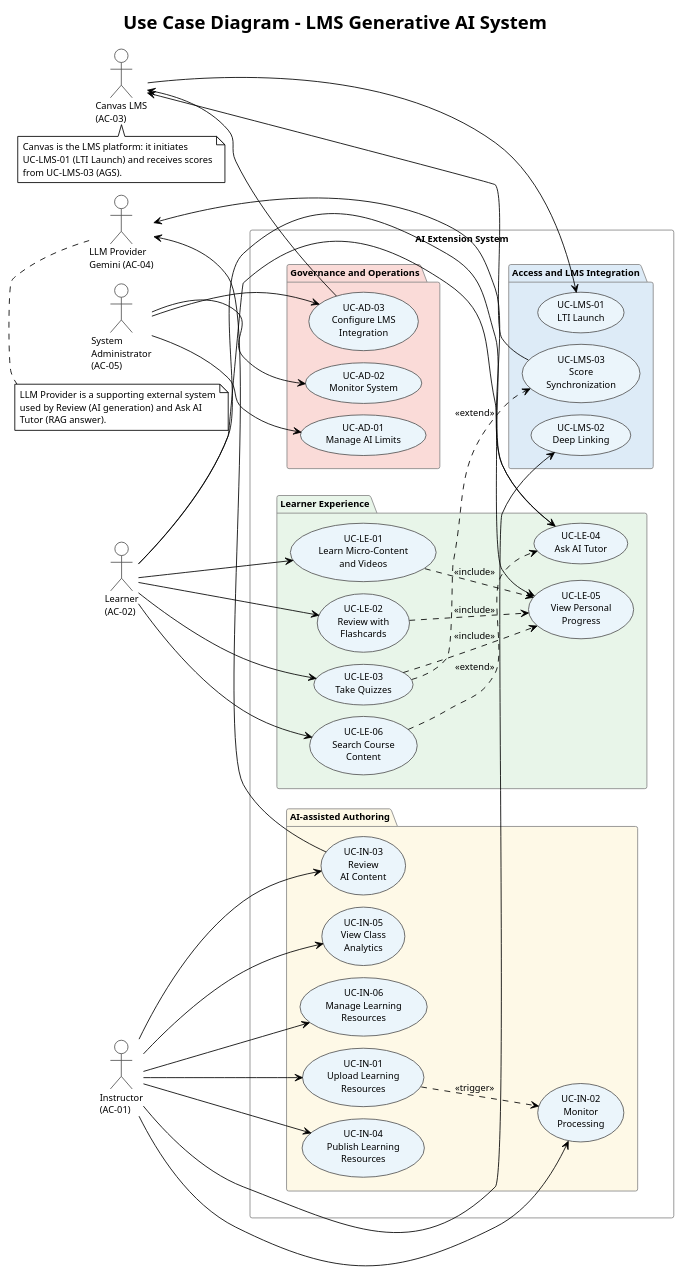
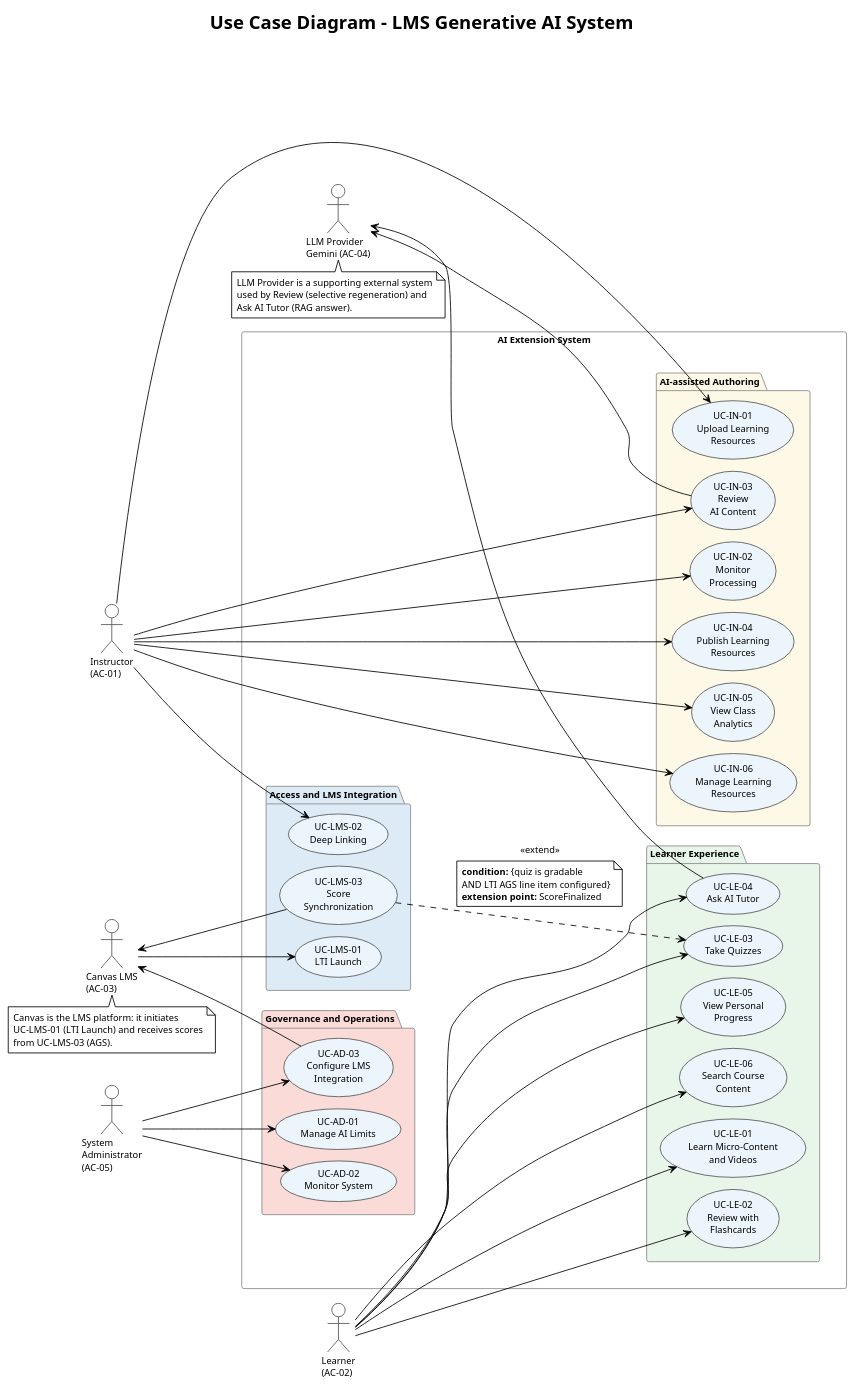
Before and after one commit to 252-DA/report: the diagram in lvtn_en/diagrams/07_usecase_diagram.puml, drawn with PlantUML. The commit also changed 18 other files, not shown here.

```diff
--- a/lvtn_en/diagrams/07_usecase_diagram.puml
+++ b/lvtn_en/diagrams/07_usecase_diagram.puml
@@ -1,107 +1,111 @@
 @startuml usecase_diagram
 !theme plain
 skinparam defaultFontName Arial
 skinparam defaultFontSize 11
 skinparam UsecaseBackgroundColor #EBF5FB
 skinparam UsecaseBorderColor #555555
 skinparam ActorBorderColor #555555
 skinparam PackageBorderColor #888888
 skinparam ranksep 18
 skinparam nodesep 14
 
 title Use Case Diagram - LMS Generative AI System
 
 left to right direction
 
 ' ===== Primary actors on the LEFT =====
 actor "Instructor\n(AC-01)" as Instructor
 actor "Learner\n(AC-02)" as Learner
 actor "System\nAdministrator\n(AC-05)" as Admin
 
 rectangle "AI Extension System" {
 
     package "Access and LMS Integration" #DDEBF7 {
         usecase "UC-LMS-01\nLTI Launch" as UC_Launch
         usecase "UC-LMS-02\nDeep Linking" as UC_DeepLink
         usecase "UC-LMS-03\nScore\nSynchronization" as UC_AGS
     }
 
     together {
         package "AI-assisted Authoring" #FEF9E7 {
             usecase "UC-IN-01\nUpload Learning\nResources" as UC_Upload
             usecase "UC-IN-02\nMonitor\nProcessing" as UC_Watch
             usecase "UC-IN-03\nReview\nAI Content" as UC_Review
             usecase "UC-IN-04\nPublish Learning\nResources" as UC_Publish
             usecase "UC-IN-05\nView Class\nAnalytics" as UC_Analytics
             usecase "UC-IN-06\nManage Learning\nResources" as UC_Manage
         }
 
         package "Learner Experience" #E8F5E9 {
             usecase "UC-LE-01\nLearn Micro-Content\nand Videos" as UC_Learn
             usecase "UC-LE-02\nReview with\nFlashcards" as UC_Flash
             usecase "UC-LE-03\nTake Quizzes" as UC_Quiz
             usecase "UC-LE-04\nAsk AI Tutor" as UC_Chat
             usecase "UC-LE-05\nView Personal\nProgress" as UC_Progress
             usecase "UC-LE-06\nSearch Course\nContent" as UC_Search
         }
     }
 
     package "Governance and Operations" #FADBD8 {
         usecase "UC-AD-01\nManage AI Limits" as UC_Quota
         usecase "UC-AD-02\nMonitor System" as UC_Ops
         usecase "UC-AD-03\nConfigure LMS\nIntegration" as UC_LMSConfig
     }
 }
 
 ' ===== External systems on the RIGHT =====
 actor "Canvas LMS\n(AC-03)" as Canvas
 actor "LLM Provider\nGemini (AC-04)" as LLM
 
 ' ===== Primary actor associations =====
 Instructor --> UC_Upload
 Instructor --> UC_Watch
 Instructor --> UC_Review
 Instructor --> UC_Publish
 Instructor --> UC_Analytics
 Instructor --> UC_Manage
 Instructor --> UC_DeepLink
 
 Learner --> UC_Learn
 Learner --> UC_Flash
 Learner --> UC_Quiz
 Learner --> UC_Chat
 Learner --> UC_Progress
 Learner --> UC_Search
 
 Admin --> UC_Quota
 Admin --> UC_Ops
 Admin --> UC_LMSConfig
 
 ' ===== External-system associations =====
 Canvas --> UC_Launch
 Canvas <-- UC_AGS
 Canvas <-- UC_LMSConfig
 LLM <-- UC_Review
 LLM <-- UC_Chat
 
-' ===== Standard UML stereotypes only =====
-UC_Upload ..> UC_Watch  : <<trigger>>
-UC_Quiz   ..> UC_AGS    : <<extend>>
-UC_Quiz   ..> UC_Progress : <<include>>
-UC_Learn  ..> UC_Progress : <<include>>
-UC_Flash  ..> UC_Progress : <<include>>
-UC_Search ..> UC_Chat : <<extend>>
+' ===== Standard UML relationship =====
+' Only the conditional extend is kept. Progress update, RAG retrieval,
+' LLM calls and job-queue sync are internal behaviour -> sequence/dataflow
+' diagrams, not use-case relationships.
+' Extend arrow points FROM the extension (Score Sync) TO the base (Take Quizzes).
+UC_AGS ..> UC_Quiz : <<extend>>
+note on link
+  <b>condition:</b> {quiz is gradable
+  AND LTI AGS line item configured}
+  <b>extension point:</b> ScoreFinalized
+end note
 
 note bottom of Canvas
   Canvas is the LMS platform: it initiates
   UC-LMS-01 (LTI Launch) and receives scores
   from UC-LMS-03 (AGS).
 end note
 
 note bottom of LLM
   LLM Provider is a supporting external system
-  used by Review (AI generation) and Ask AI
-  Tutor (RAG answer).
+  used by Review (selective regeneration) and
+  Ask AI Tutor (RAG answer).
 end note
 
 @enduml
```
